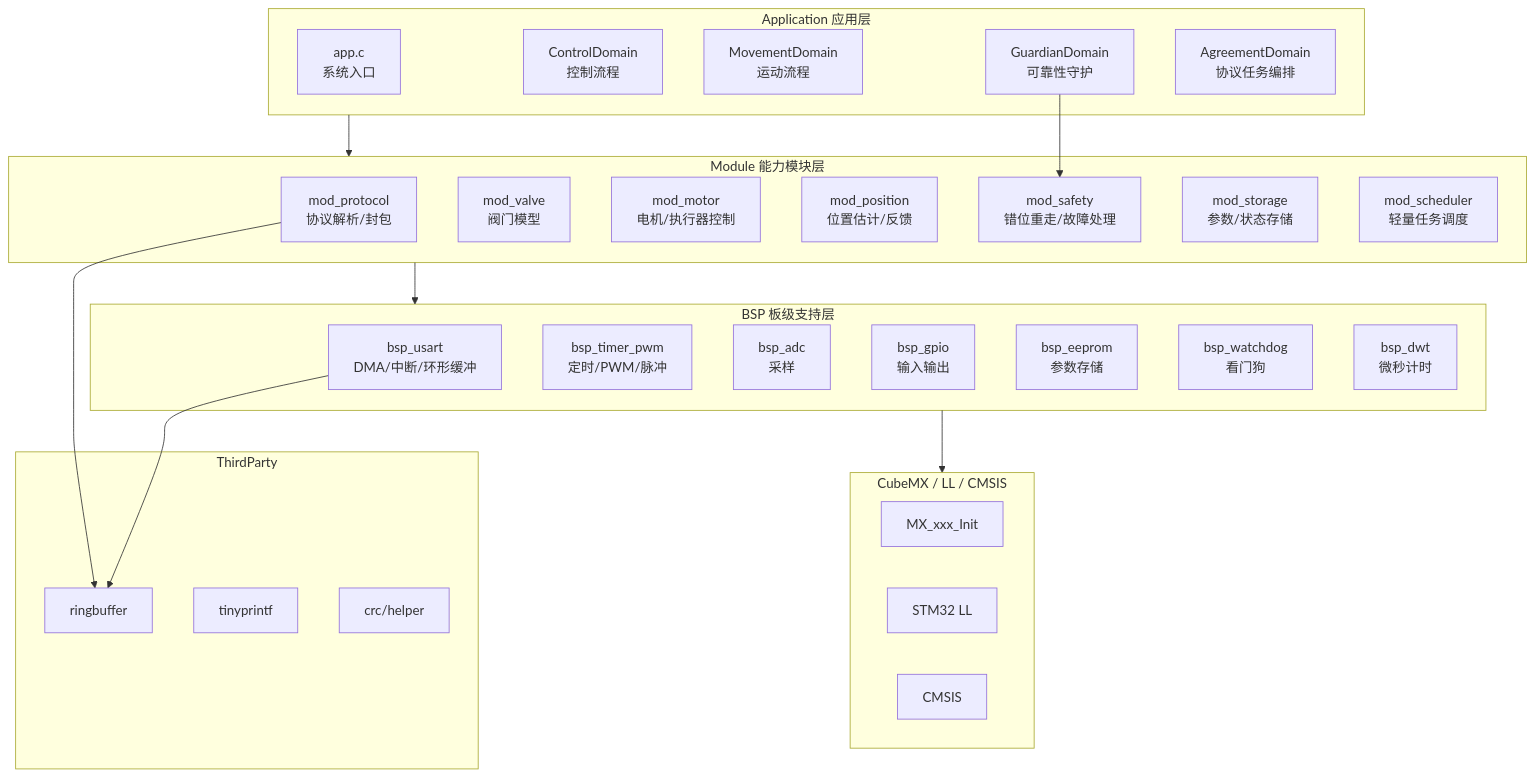
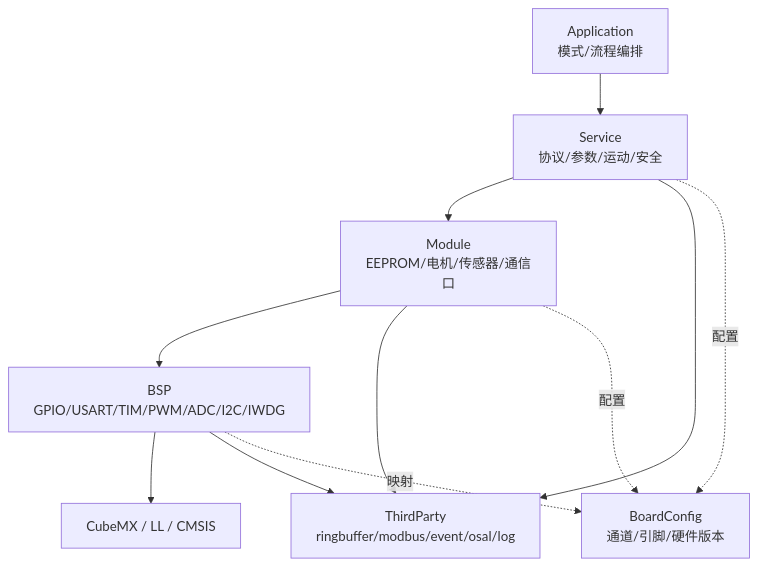
The diagram in Doc/software_architecture_valve_drive_platform.md (zym787/nextG_universal_valve_drive_platform), drawn with Mermaid before and after one commit. The commit also changed other lines of this file and 13 other files, not shown here.

Commit message:
Update the architecture document

````diff
--- a/Doc/software_architecture_valve_drive_platform.md
+++ b/Doc/software_architecture_valve_drive_platform.md
@@ -99,49 +55,21 @@
 ```mermaid
 flowchart TB
-    subgraph APP["Application 应用层"]
-        APP_MAIN["app.c<br/>系统入口"]
-        APP_CTRL["ControlDomain<br/>控制流程"]
-        APP_MOVE["MovementDomain<br/>运动流程"]
-        APP_GUARD["GuardianDomain<br/>可靠性守护"]
-        APP_AGR["AgreementDomain<br/>协议任务编排"]
-    end
+    APP["Application<br/>模式/流程编排"]
+    SVC["Service<br/>协议/参数/运动/安全"]
+    MOD["Module<br/>EEPROM/电机/传感器/通信口"]
+    BSP["BSP<br/>GPIO/USART/TIM/PWM/ADC/I2C/IWDG"]
+    CUBE["CubeMX / LL / CMSIS"]
+    BOARD["BoardConfig<br/>通道/引脚/硬件版本"]
+    TP["ThirdParty<br/>ringbuffer/modbus/event/osal/log"]
 
-    subgraph MOD["Module 能力模块层"]
-        MOD_PROTOCOL["mod_protocol<br/>协议解析/封包"]
-        MOD_VALVE["mod_valve<br/>阀门模型"]
-        MOD_MOTOR["mod_motor<br/>电机/执行器控制"]
-        MOD_POS["mod_position<br/>位置估计/反馈"]
-        MOD_SAFETY["mod_safety<br/>错位重走/故障处理"]
-        MOD_STORAGE["mod_storage<br/>参数/状态存储"]
-        MOD_SCHED["mod_scheduler<br/>轻量任务调度"]
-    end
-
-    subgraph BSP["BSP 板级支持层"]
-        BSP_USART["bsp_usart<br/>DMA/中断/环形缓冲"]
-        BSP_TIM["bsp_timer_pwm<br/>定时/PWM/脉冲"]
-        BSP_ADC["bsp_adc<br/>采样"]
-        BSP_GPIO["bsp_gpio<br/>输入输出"]
-        BSP_EEPROM["bsp_eeprom<br/>参数存储"]
-        BSP_WDG["bsp_watchdog<br/>看门狗"]
-        BSP_DWT["bsp_dwt<br/>微秒计时"]
-    end
-
-    subgraph CUBE["CubeMX / LL / CMSIS"]
-        MX["MX_xxx_Init"]
-        LL["STM32 LL"]
-        CMSIS["CMSIS"]
-    end
-
-    subgraph TP["ThirdParty"]
-        RB["ringbuffer"]
-        PRINTF["tinyprintf"]
-        CRC["crc/helper"]
-    end
-
-    APP --> MOD
+    APP --> SVC
+    SVC --> MOD
     MOD --> BSP
     BSP --> CUBE
-    MOD_PROTOCOL --> RB
-    BSP_USART --> RB
-    APP_GUARD --> MOD_SAFETY
+    SVC --> TP
+    MOD --> TP
+    BSP --> TP
+    SVC -.配置.-> BOARD
+    MOD -.配置.-> BOARD
+    BSP -.映射.-> BOARD
 ```
````
